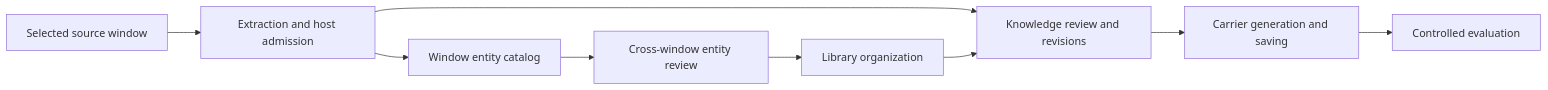
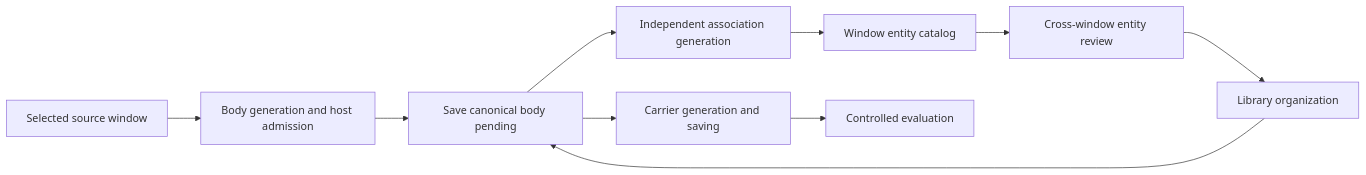
Before and after one commit to lizhiyao/oh-my-knowledge: the diagram in docs/specs/knowledge/knowledge-domain-model.md, drawn with Mermaid. The commit also changed other lines of this file and 183 other files, not shown here.

First line of the commit message:
refactor(knowledge)!: BREAKING-SCHEMA/API/COMPARABILITY 以完整正文为主数据 (#1381)

````diff
--- a/docs/specs/knowledge/knowledge-domain-model.md
+++ b/docs/specs/knowledge/knowledge-domain-model.md
@@ -29,11 +30,12 @@
 ```mermaid
 flowchart LR
-  source[Selected source window] --> extract[Extraction and host admission]
-  extract --> catalog[Window entity catalog]
-  extract --> knowledge[Knowledge review and revisions]
+  source[Selected source window] --> extract[Body generation and host admission]
+  extract --> knowledge[Save canonical body pending]
+  knowledge --> association[Independent association generation]
+  association --> catalog[Window entity catalog]
   catalog --> review[Cross-window entity review]
   review --> library[Library organization]
   library --> knowledge
   knowledge --> carrier[Carrier generation and saving]
   carrier --> evaluate[Controlled evaluation]
 ```
````
